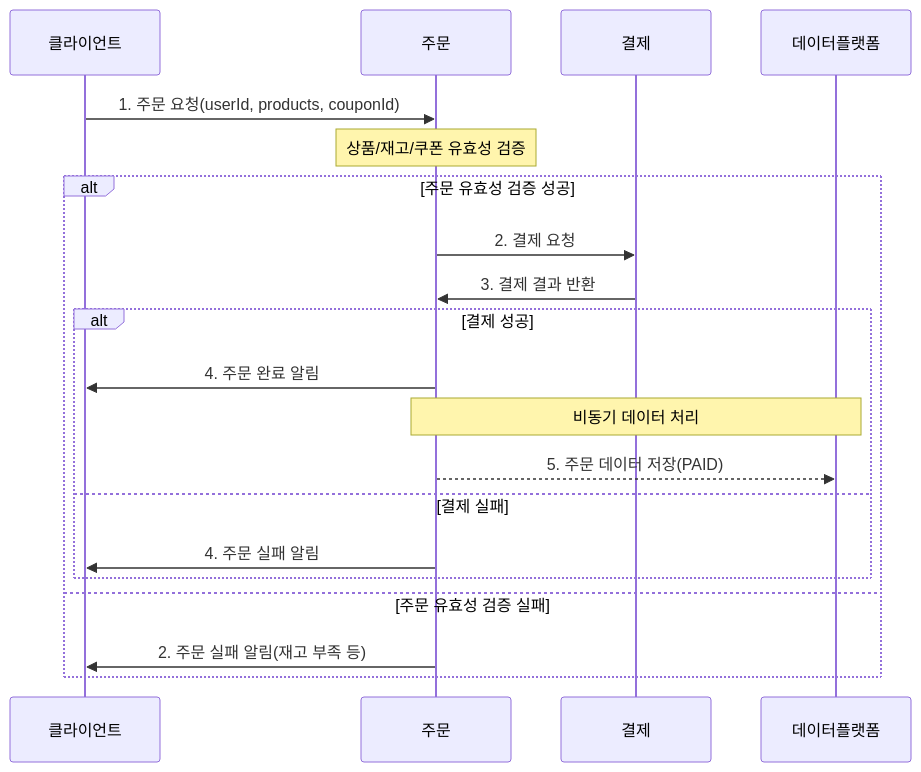
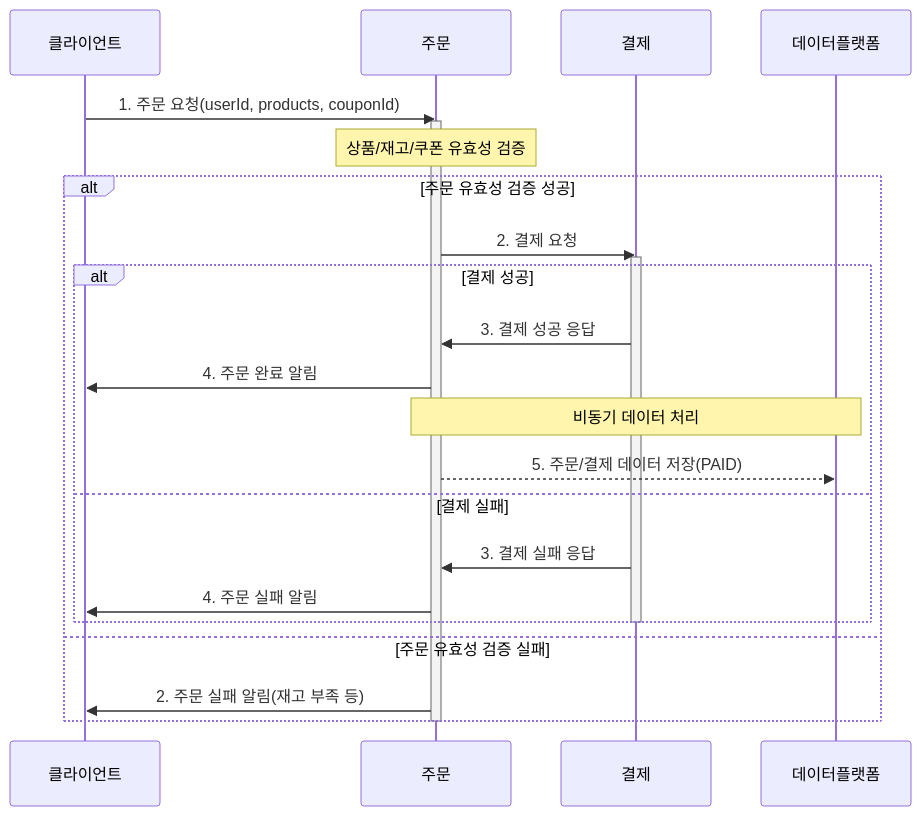
Before and after one commit to ynyejn/e-commerce: the fourth of 9 diagrams in README.md, drawn with Mermaid. The commit also changed other lines of this file and 9 other files, not shown here.

````diff
--- a/README.md
+++ b/README.md
@@ -73,25 +79,30 @@
 ```mermaid
 sequenceDiagram
     participant Customer as 클라이언트
     participant OrderSystem as 주문
     participant PaymentSystem as 결제
     participant DataSystem as 데이터플랫폼
 
     Customer->>OrderSystem: 1. 주문 요청(userId, products, couponId)
+    activate OrderSystem
     Note over OrderSystem: 상품/재고/쿠폰 유효성 검증
-    
+
     alt 주문 유효성 검증 성공
         OrderSystem->>PaymentSystem: 2. 결제 요청
-        PaymentSystem->>OrderSystem: 3. 결제 결과 반환
-        
+        activate PaymentSystem
+
         alt 결제 성공
+            PaymentSystem->>OrderSystem: 3. 결제 성공 응답
             OrderSystem->>Customer: 4. 주문 완료 알림
             Note over OrderSystem,DataSystem: 비동기 데이터 처리
-            OrderSystem-->>DataSystem: 5. 주문 데이터 저장(PAID)
+            OrderSystem-->>DataSystem: 5. 주문/결제 데이터 저장(PAID)
         else 결제 실패
+            PaymentSystem->>OrderSystem: 3. 결제 실패 응답
             OrderSystem->>Customer: 4. 주문 실패 알림
         end
+        deactivate PaymentSystem
     else 주문 유효성 검증 실패
         OrderSystem->>Customer: 2. 주문 실패 알림(재고 부족 등)
     end
+    deactivate OrderSystem
 ```
````
